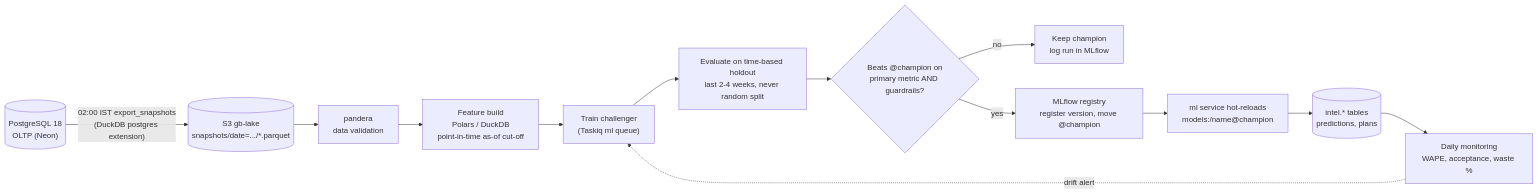
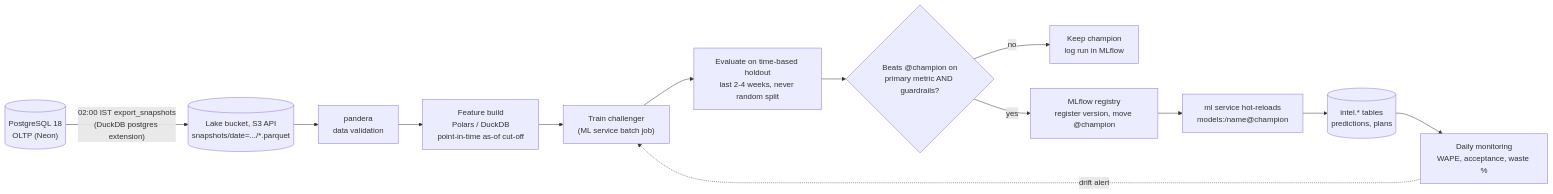
Before and after one commit to prelekar7/GharBasket: the first of 4 diagrams in docs/handbook/08-ai-and-ml.md, drawn with Mermaid. The commit also changed other lines of this file and 58 other files, not shown here.

````diff
--- a/docs/handbook/08-ai-and-ml.md
+++ b/docs/handbook/08-ai-and-ml.md
@@ -32,15 +34,15 @@
 ```mermaid
 flowchart LR
-    PG[("PostgreSQL 18<br/>OLTP (Neon)")] -->|"02:00 IST export_snapshots<br/>(DuckDB postgres extension)"| PQ[("S3 gb-lake<br/>snapshots/date=.../*.parquet")]
+    PG[("PostgreSQL 18<br/>OLTP (Neon)")] -->|"02:00 IST export_snapshots<br/>(DuckDB postgres extension)"| PQ[("Lake bucket, S3 API<br/>snapshots/date=.../*.parquet")]
     PQ --> VAL["pandera<br/>data validation"]
     VAL --> FEAT["Feature build<br/>Polars / DuckDB<br/>point-in-time as-of cut-off"]
-    FEAT --> TRAIN["Train challenger<br/>(Taskiq ml queue)"]
+    FEAT --> TRAIN["Train challenger<br/>(ML service batch job)"]
     TRAIN --> EVAL["Evaluate on time-based holdout<br/>last 2-4 weeks, never random split"]
     EVAL --> GATE{"Beats @champion on<br/>primary metric AND guardrails?"}
     GATE -->|no| KEEP["Keep champion<br/>log run in MLflow"]
     GATE -->|yes| REG["MLflow registry<br/>register version, move @champion"]
     REG --> SERVE["ml service hot-reloads<br/>models:/name@champion"]
     SERVE --> OUT[("intel.* tables<br/>predictions, plans")]
     OUT --> MON["Daily monitoring<br/>WAPE, acceptance, waste %"]
     MON -.->|drift alert| TRAIN
 ```
````
